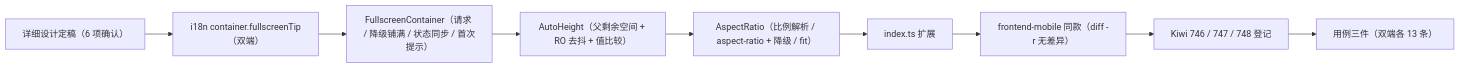
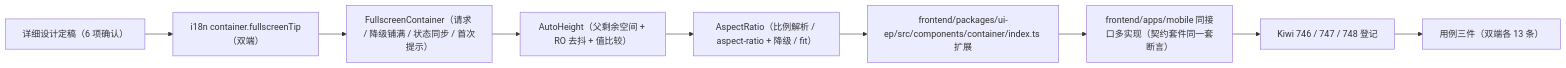
Before and after one commit to minjian123/basic-management-system: the diagram in bms文档/项目/04_前端组件库/任务/04_容器组件类/04_容器组件类_03_视口与自适应/实施/01_实施_03_视口与自适应.md, drawn with Mermaid. The commit also changed other lines of this file and 134 other files, not shown here.

````diff
--- a/bms文档/项目/04_前端组件库/任务/04_容器组件类/04_容器组件类_03_视口与自适应/实施/01_实施_03_视口与自适应.md
+++ b/bms文档/项目/04_前端组件库/任务/04_容器组件类/04_容器组件类_03_视口与自适应/实施/01_实施_03_视口与自适应.md
@@ -22,11 +22,11 @@
 ```mermaid
 flowchart LR
     D["详细设计定稿（6 项确认）"] --> I["i18n container.fullscreenTip（双端）"]
     I --> F["FullscreenContainer（请求 / 降级铺满 / 状态同步 / 首次提示）"]
     F --> A["AutoHeight（父剩余空间 + RO 去抖 + 值比较）"]
     A --> R["AspectRatio（比例解析 / aspect-ratio + 降级 / fit）"]
-    R --> X["index.ts 扩展"]
-    X --> M["frontend-mobile 同款（diff -r 无差异）"]
+    R --> X["frontend/packages/ui-ep/src/components/container/index.ts 扩展"]
+    X --> M["frontend/apps/mobile 同接口多实现（契约套件同一套断言）"]
     M --> K["Kiwi 746 / 747 / 748 登记"]
     K --> U["用例三件（双端各 13 条）"]
 ```
````
